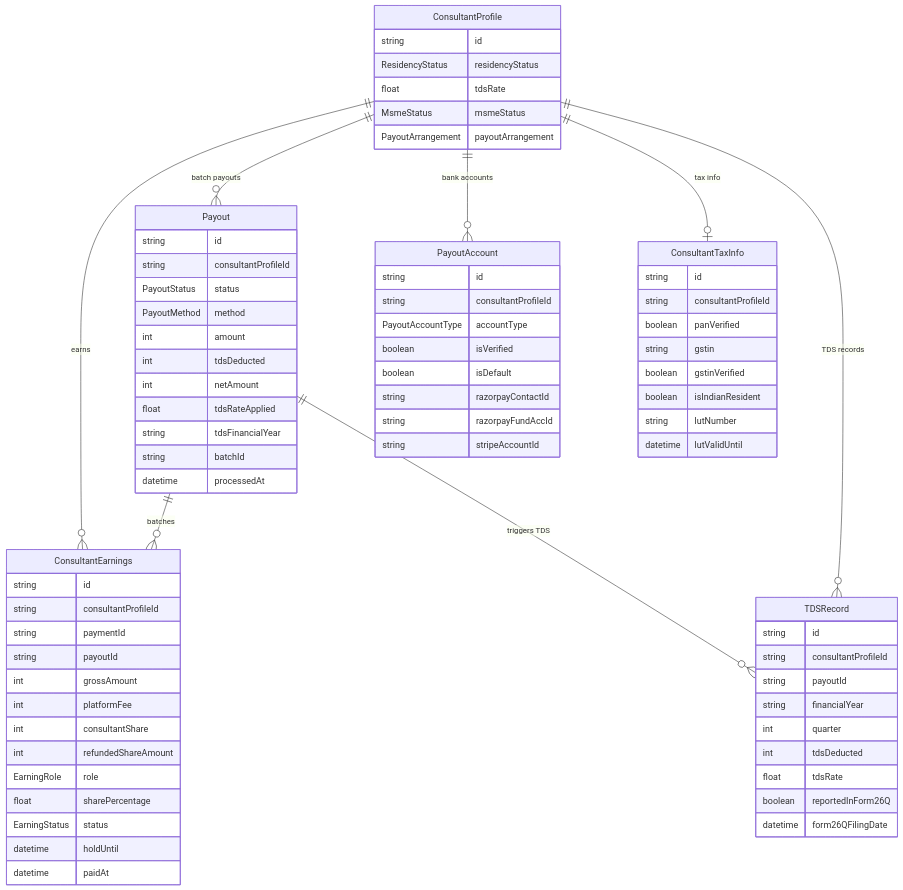
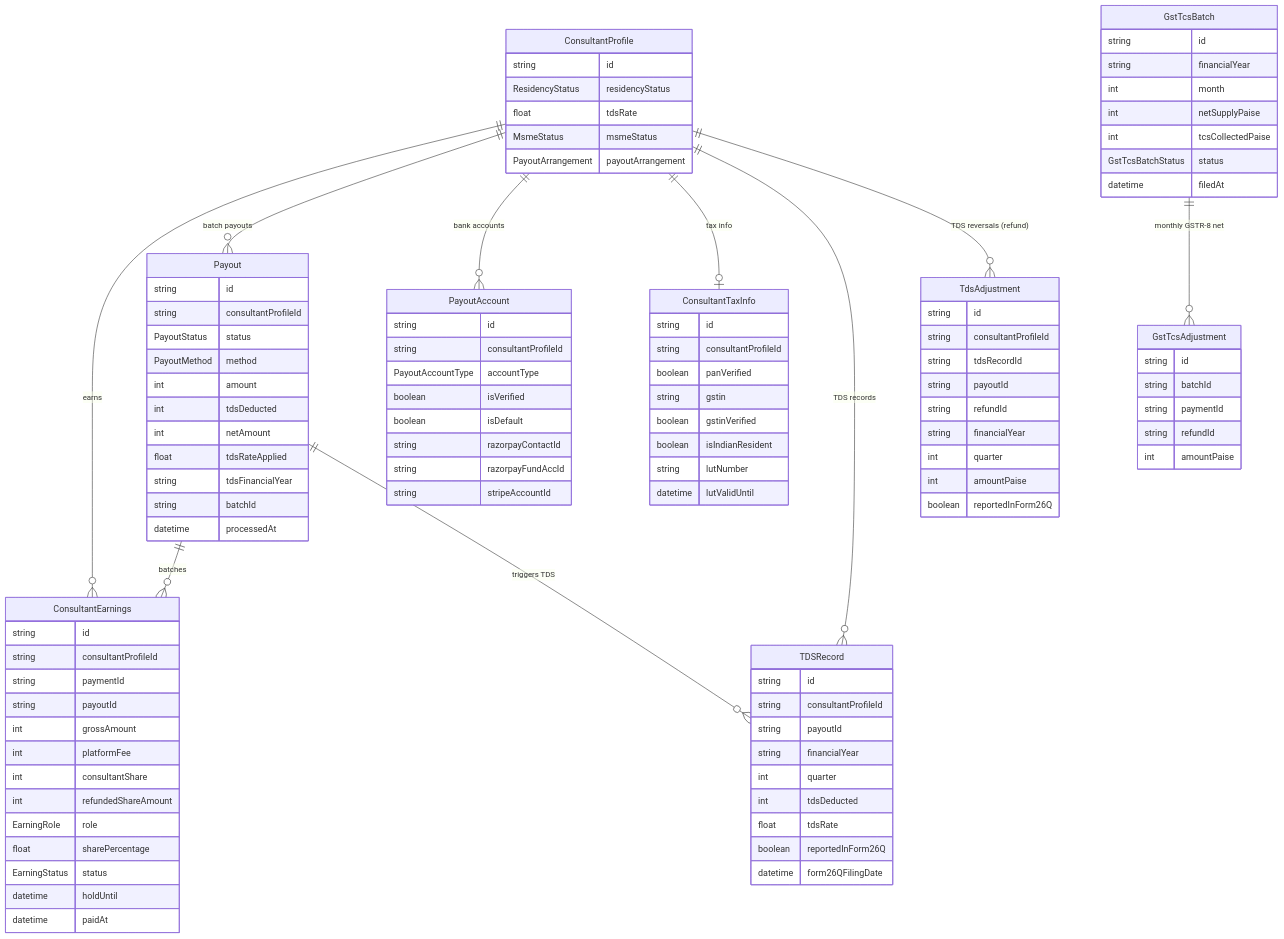
Before and after one commit to Practitionist/familiarise_web: diagram 17 of 24 in SCHEMA_MAP.md, drawn with Mermaid. The commit also changed other lines of this file and 46 other files, not shown here.

````diff
--- a/SCHEMA_MAP.md
+++ b/SCHEMA_MAP.md
@@ -1134,12 +1134,41 @@
         boolean reportedInForm26Q
         datetime form26QFilingDate
     }
+    TdsAdjustment {
+        string id
+        string consultantProfileId
+        string tdsRecordId
+        string payoutId
+        string refundId
+        string financialYear
+        int quarter
+        int amountPaise
+        boolean reportedInForm26Q
+    }
+    GstTcsBatch {
+        string id
+        string financialYear
+        int month
+        int netSupplyPaise
+        int tcsCollectedPaise
+        GstTcsBatchStatus status
+        datetime filedAt
+    }
+    GstTcsAdjustment {
+        string id
+        string batchId
+        string paymentId
+        string refundId
+        int amountPaise
+    }
 
     ConsultantProfile ||--o{ ConsultantEarnings : "earns"
     ConsultantProfile ||--o{ Payout : "batch payouts"
     ConsultantProfile ||--o{ PayoutAccount : "bank accounts"
     ConsultantProfile ||--o| ConsultantTaxInfo : "tax info"
     ConsultantProfile ||--o{ TDSRecord : "TDS records"
+    ConsultantProfile ||--o{ TdsAdjustment : "TDS reversals (refund)"
     Payout ||--o{ ConsultantEarnings : "batches"
     Payout ||--o{ TDSRecord : "triggers TDS"
+    GstTcsBatch ||--o{ GstTcsAdjustment : "monthly GSTR-8 net"
 ```
````
